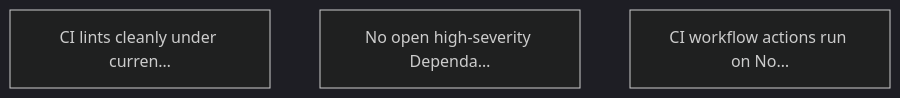
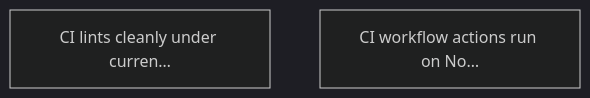
Before and after one commit to arr-ai/wbnf: the diagram in docs/targets.md, drawn with Mermaid (dark theme). The commit also changed other lines of this file and 1 other file, not shown here.

````diff
--- a/docs/targets.md
+++ b/docs/targets.md
@@ -48,6 +47,5 @@
 ```mermaid
 graph TD
     T1["CI lints cleanly under curren…"]
-    T2["No open high-severity Dependa…"]
     T3["CI workflow actions run on No…"]
 ```
````
